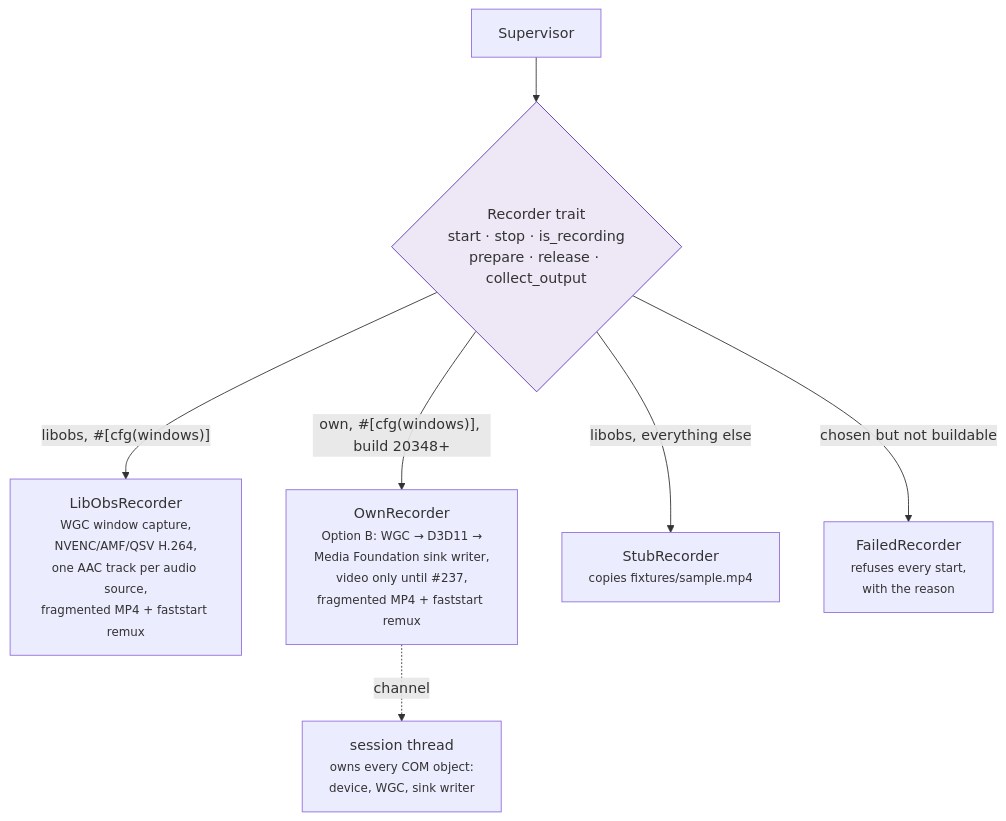
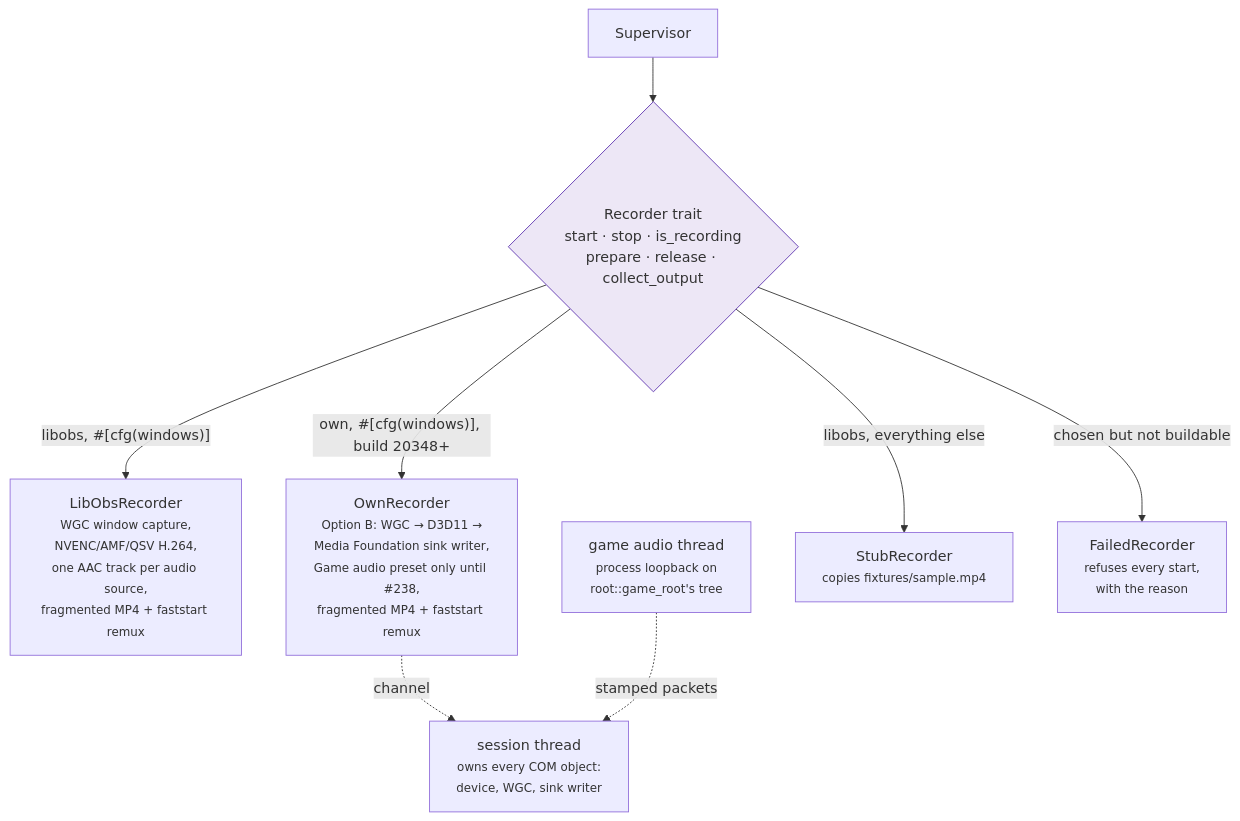
The third of 8 diagrams in docs/architecture.md (NinjaGoldfinch/ninja-recorder), drawn with Mermaid before and after one commit. The commit also changed other lines of this file and 18 other files, not shown here.

First line of the commit message:
feat(recorder): isolated game audio by process loopback on the own backend (WS1.6.5) (#264)

````diff
--- a/docs/architecture.md
+++ b/docs/architecture.md
@@ -153,10 +155,11 @@
 ```mermaid
 flowchart TB
     SUP["Supervisor"] --> T{"Recorder trait<br/>start · stop · is_recording<br/>prepare · release · collect_output"}
     T -->|"libobs, #[cfg(windows)]"| L["LibObsRecorder<br/><small>WGC window capture,<br/>NVENC/AMF/QSV H.264,<br/>one AAC track per audio source,<br/>fragmented MP4 + faststart remux</small>"]
-    T -->|"own, #[cfg(windows)], build 20348+"| O["OwnRecorder<br/><small>Option B: WGC → D3D11 →<br/>Media Foundation sink writer,<br/>video only until #237,<br/>fragmented MP4 + faststart remux</small>"]
+    T -->|"own, #[cfg(windows)], build 20348+"| O["OwnRecorder<br/><small>Option B: WGC → D3D11 →<br/>Media Foundation sink writer,<br/>Game audio preset only until #238,<br/>fragmented MP4 + faststart remux</small>"]
     O -.->|"channel"| SES["session thread<br/><small>owns every COM object:<br/>device, WGC, sink writer</small>"]
+    AUD["game audio thread<br/><small>process loopback on<br/>root::game_root's tree</small>"] -.->|"stamped packets"| SES
     T -->|"libobs, everything else"| S["StubRecorder<br/><small>copies fixtures/sample.mp4</small>"]
     T -->|"chosen but not buildable"| F["FailedRecorder<br/><small>refuses every start,<br/>with the reason</small>"]
     style T fill:#ede7f6,stroke:#5e35b1
 ```
````
